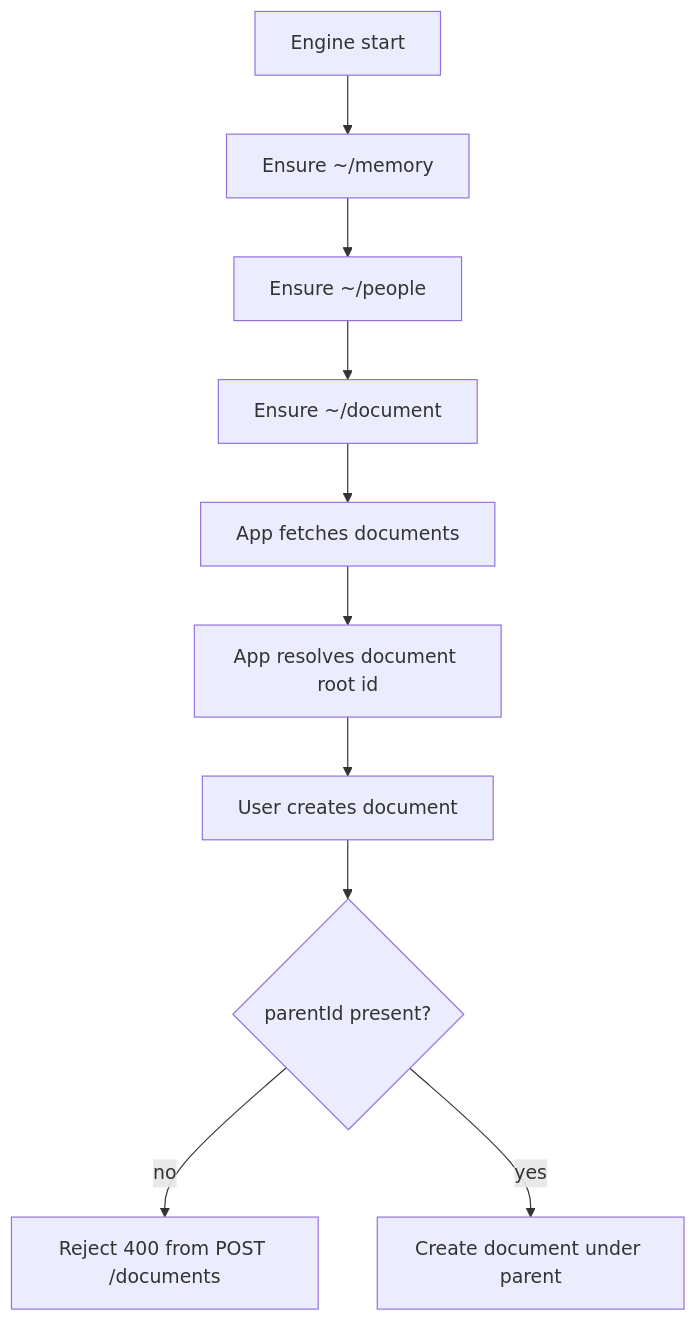
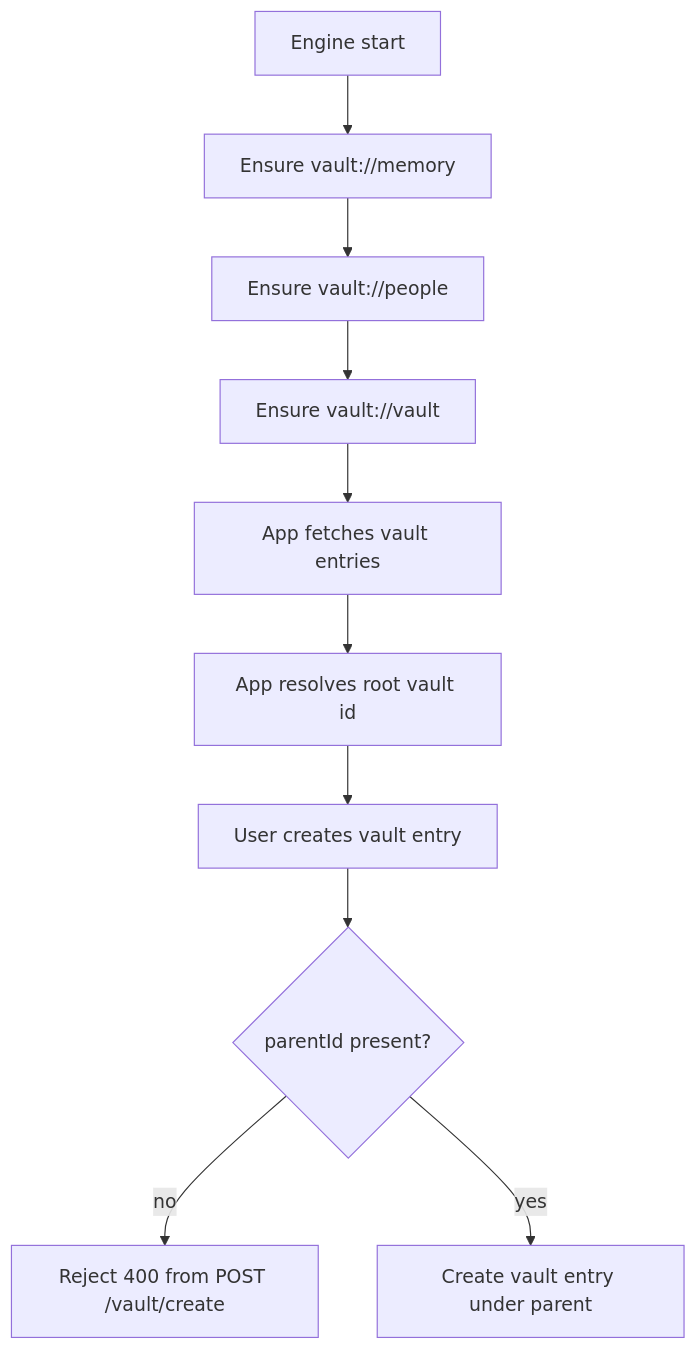
One commit to ex3ndr/daycare changed the diagram in doc/20260305-document-parent-requirement.md. Above: the diagram before and after it, drawn with Mermaid. The commit also changed other lines of this file and 112 other files, not shown here.

Commit message:
refactor: rename documents surface to vault

````diff
--- a/doc/20260305-document-parent-requirement.md
+++ b/doc/20260305-document-parent-requirement.md
@@ -11,12 +11,12 @@
 ```mermaid
 flowchart TD
-    A[Engine start] --> B[Ensure ~/memory]
-    B --> C[Ensure ~/people]
-    C --> D[Ensure ~/document]
-    D --> E[App fetches documents]
-    E --> F[App resolves document root id]
-    F --> G[User creates document]
+    A[Engine start] --> B[Ensure vault://memory]
+    B --> C[Ensure vault://people]
+    C --> D[Ensure vault://vault]
+    D --> E[App fetches vault entries]
+    E --> F[App resolves root vault id]
+    F --> G[User creates vault entry]
     G --> H{parentId present?}
-    H -- no --> I[Reject 400 from POST /documents]
-    H -- yes --> J[Create document under parent]
+    H -- no --> I[Reject 400 from POST /vault/create]
+    H -- yes --> J[Create vault entry under parent]
 ```
````
